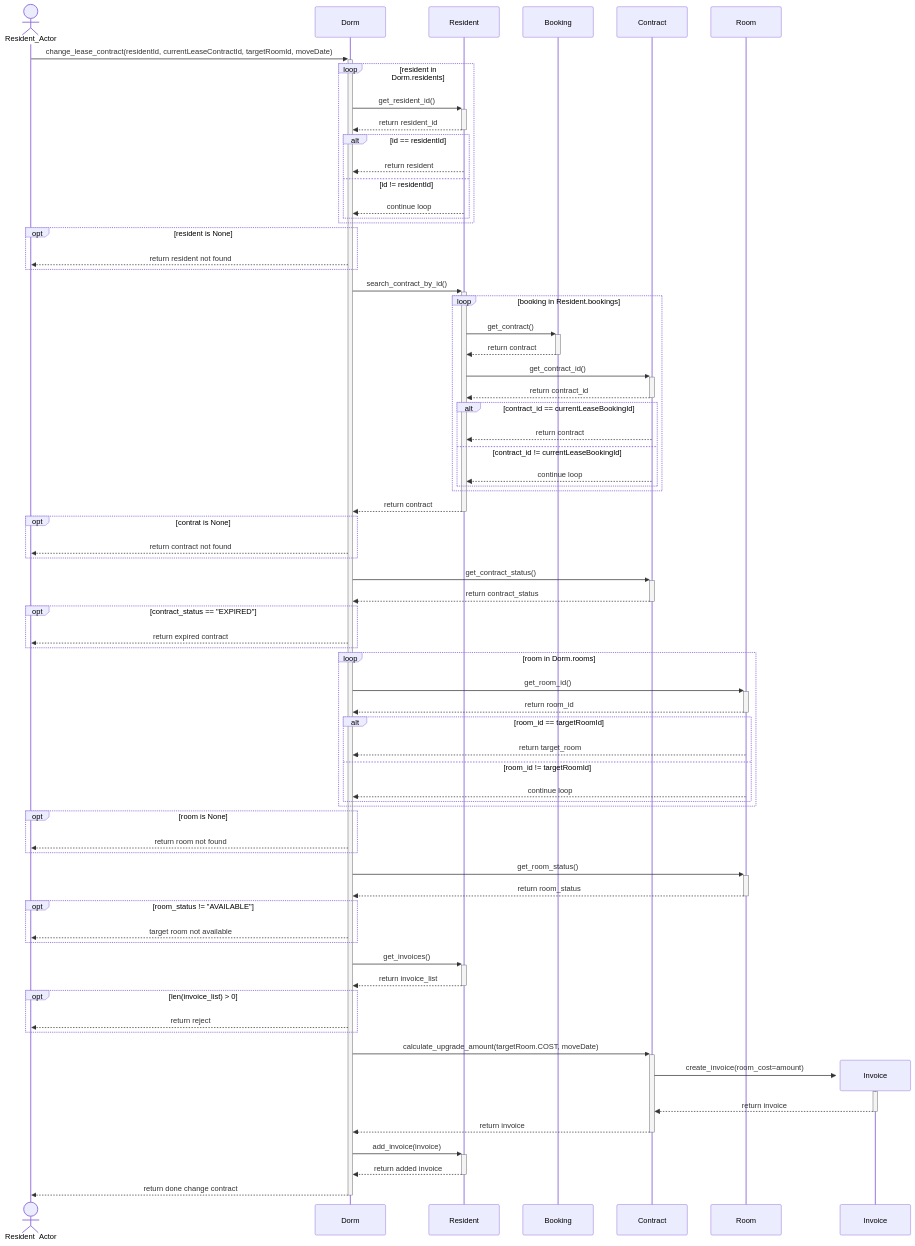
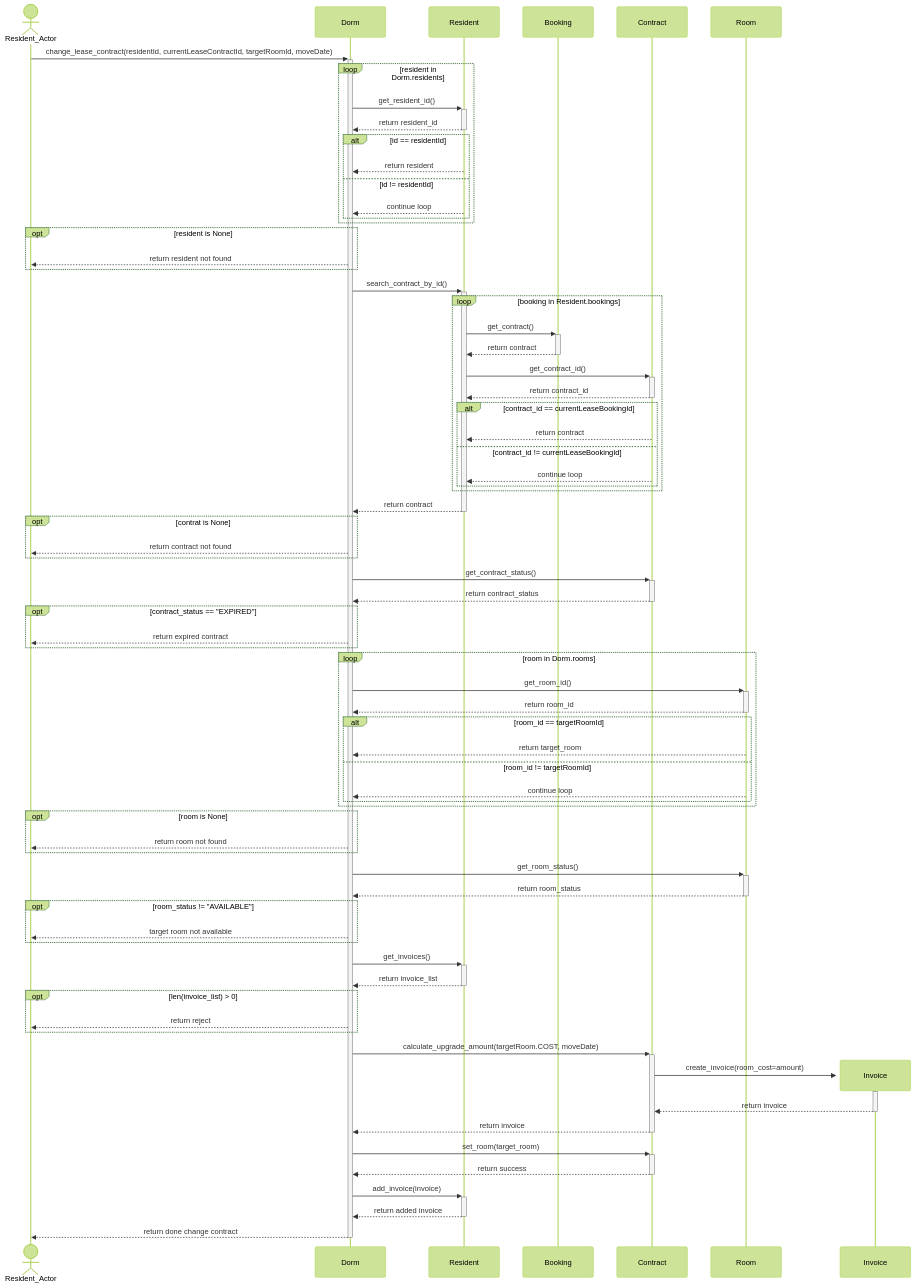
The diagram in sequence/change_contract/change_contract.mmd (rnjjkk/Ducky-Dicka), drawn with Mermaid before and after one commit.

```diff
--- a/sequence/change_contract/change_contract.mmd
+++ b/sequence/change_contract/change_contract.mmd
@@ -1,84 +1,88 @@
+%%{init: {'theme': 'forest', 'classDiagram': {'curve': 'linear', 'padding': 20}}}%%
 sequenceDiagram
     actor resAc as Resident_Actor
     participant d as Dorm
     participant res as Resident
     participant b as Booking
     participant c as Contract
     participant r as Room
 
     resAc ->> +d: change_lease_contract(residentId, currentLeaseContractId, targetRoomId, moveDate)
     loop resident in Dorm.residents
         d ->> +res: get_resident_id()
         res -->> -d: return resident_id 
 
         alt id == residentId
             res -->> d: return resident
         else id != residentId
             res -->> d: continue loop
         end
 
     end
     opt resident is None
         d -->> resAc: return resident not found 
     end
     d ->> +res: search_contract_by_id()
     loop booking in Resident.bookings
         res ->> +b: get_contract()
         b -->> -res: return contract 
 
         res ->> +c: get_contract_id()
         c -->> -res: return contract_id
 
         alt contract_id == currentLeaseBookingId
             c -->> res: return contract
         else contract_id != currentLeaseBookingId
             c -->> res: continue loop
         end
     end
     res -->> -d: return contract
 
     opt contrat is None
         d -->> resAc: return contract not found 
     end
     d ->> +c: get_contract_status()
     c -->> -d: return contract_status
     opt contract_status == "EXPIRED"
         d -->> resAc: return expired contract
     end
 
     loop room in Dorm.rooms
         d ->> +r: get_room_id()
         r -->> -d: return room_id
         alt room_id == targetRoomId
             r -->> d: return target_room
         else room_id != targetRoomId
             r -->> d: continue loop
         end
     end
     opt room is None
         d -->> resAc: return room not found
     end
 
     d ->> +r: get_room_status()
     r -->> -d: return room_status
     opt room_status != "AVAILABLE"
         d -->> resAc: target room not available
     end
 
     d ->> +res: get_invoices()
     res -->> -d: return invoice_list
 
     opt len(invoice_list) > 0
         d -->> resAc: return reject
     end
 
     d ->> +c: calculate_upgrade_amount(targetRoom.COST, moveDate)
     create participant i as Invoice
     c ->> +i: create_invoice(room_cost=amount)
     i -->> -c: return invoice
     c -->> -d: return invoice
 
+    d ->> +c: set_room(target_room) 
+    c -->> -d: return success
+
     d ->> +res: add_invoice(invoice)
     res -->> -d: return added invoice
 
     d -->> -resAc: return done change contract
```
